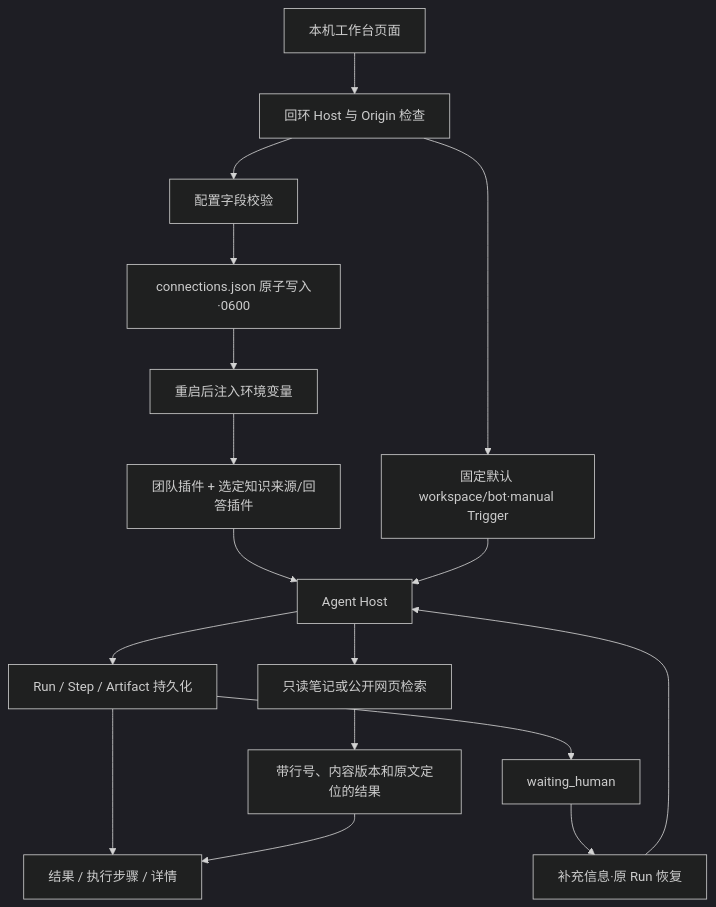
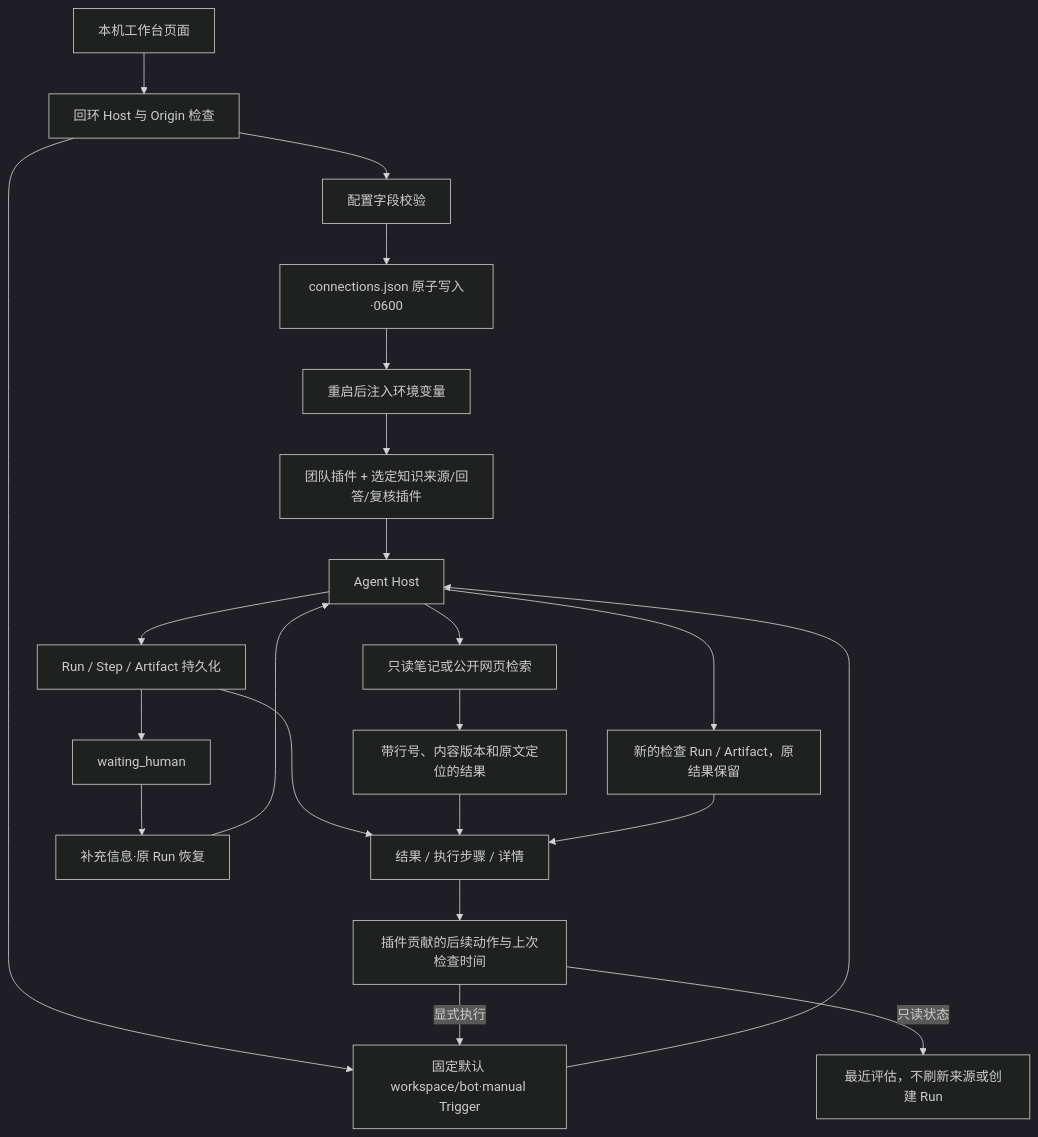
Before and after one commit to KlayPeter/AI-Delivery-Ops-Agent: the diagram in backend/src/platform/workspace/FEATURE.md, drawn with Mermaid (dark theme). The commit also changed other lines of this file and 34 other files, not shown here.

````diff
--- a/backend/src/platform/workspace/FEATURE.md
+++ b/backend/src/platform/workspace/FEATURE.md
@@ -19,19 +19,24 @@
 ```mermaid
 flowchart TD
     UI[本机工作台页面] --> G[回环 Host 与 Origin 检查]
     G --> CFG[配置字段校验]
     CFG --> FILE[connections.json 原子写入·0600]
     FILE --> BOOT[重启后注入环境变量]
-    BOOT --> PL[团队插件 + 选定知识来源/回答插件]
+    BOOT --> PL[团队插件 + 选定知识来源/回答/复核插件]
     PL --> H[Agent Host]
     G --> T[固定默认 workspace/bot·manual Trigger]
     T --> H
     H --> R[Run / Step / Artifact 持久化]
     R --> V[结果 / 执行步骤 / 详情]
     R --> WAIT[waiting_human]
     WAIT --> REPLY[补充信息·原 Run 恢复]
     REPLY --> H
     H --> K[只读笔记或公开网页检索]
     K --> EV[带行号、内容版本和原文定位的结果]
     EV --> V
+    V --> ACT[插件贡献的后续动作与上次检查时间]
+    ACT -- 只读状态 --> KV[最近评估，不刷新来源或创建 Run]
+    ACT -- 显式执行 --> T
+    H --> CHECK[新的检查 Run / Artifact，原结果保留]
+    CHECK --> V
 ```
````
